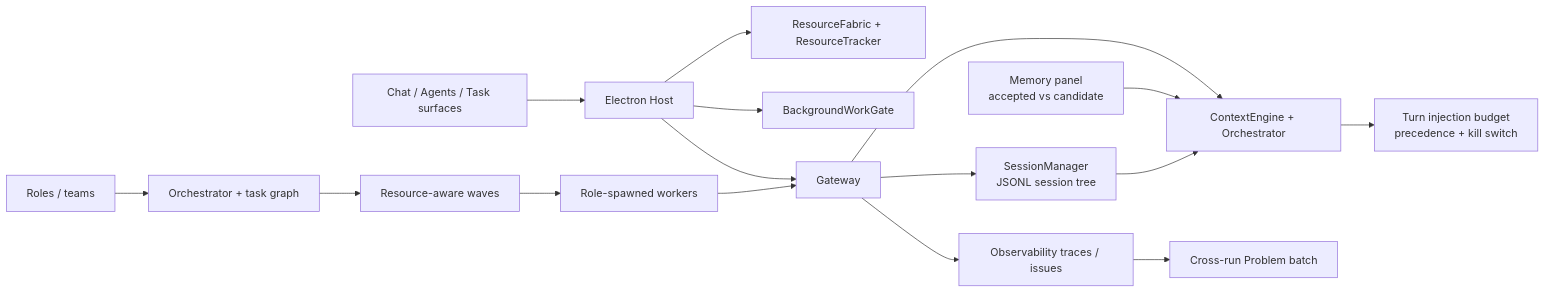
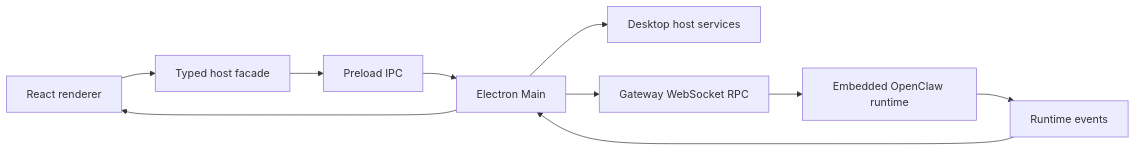
Before and after one commit to Baixu22/VerseClaw: the diagram in README.ja-JP.md, drawn with Mermaid. The commit also changed other lines of this file and 18 other files, not shown here.

````diff
--- a/README.ja-JP.md
+++ b/README.ja-JP.md
@@ -230,18 +130,11 @@
 ```mermaid
 flowchart LR
-  UI["Chat / Agents / Task surfaces"] --> HOST["Electron Host"]
-  HOST --> RESOURCE["ResourceFabric + ResourceTracker"]
-  HOST --> SHED["BackgroundWorkGate"]
-  HOST --> GATEWAY["Gateway"]
-  GATEWAY --> SESSION["SessionManager<br/>JSONL session tree"]
-  GATEWAY --> CONTEXT["ContextEngine + Orchestrator"]
-  MEMORY["Memory panel<br/>accepted vs candidate"] --> CONTEXT
-  SESSION --> CONTEXT
-  CONTEXT --> BUDGET["Turn injection budget<br/>precedence + kill switch"]
-  ROLE["Roles / teams"] --> ORCH["Orchestrator + task graph"]
-  ORCH --> WAVES["Resource-aware waves"]
-  WAVES --> WORKERS["Role-spawned workers"]
-  WORKERS --> GATEWAY
-  GATEWAY --> OBS["Observability traces / issues"]
-  OBS --> PROBLEMS["Cross-run Problem batch"]
+  UI["React renderer"] --> HOST["Typed host facade"]
+  HOST --> IPC["Preload IPC"]
+  IPC --> MAIN["Electron Main"]
+  MAIN --> SERVICES["Desktop host services"]
+  MAIN --> GW["Gateway WebSocket RPC"]
+  GW --> RUNTIME["Embedded OpenClaw runtime"]
+  RUNTIME --> EVENTS["Runtime events"]
+  EVENTS --> MAIN --> UI
 ```
````
